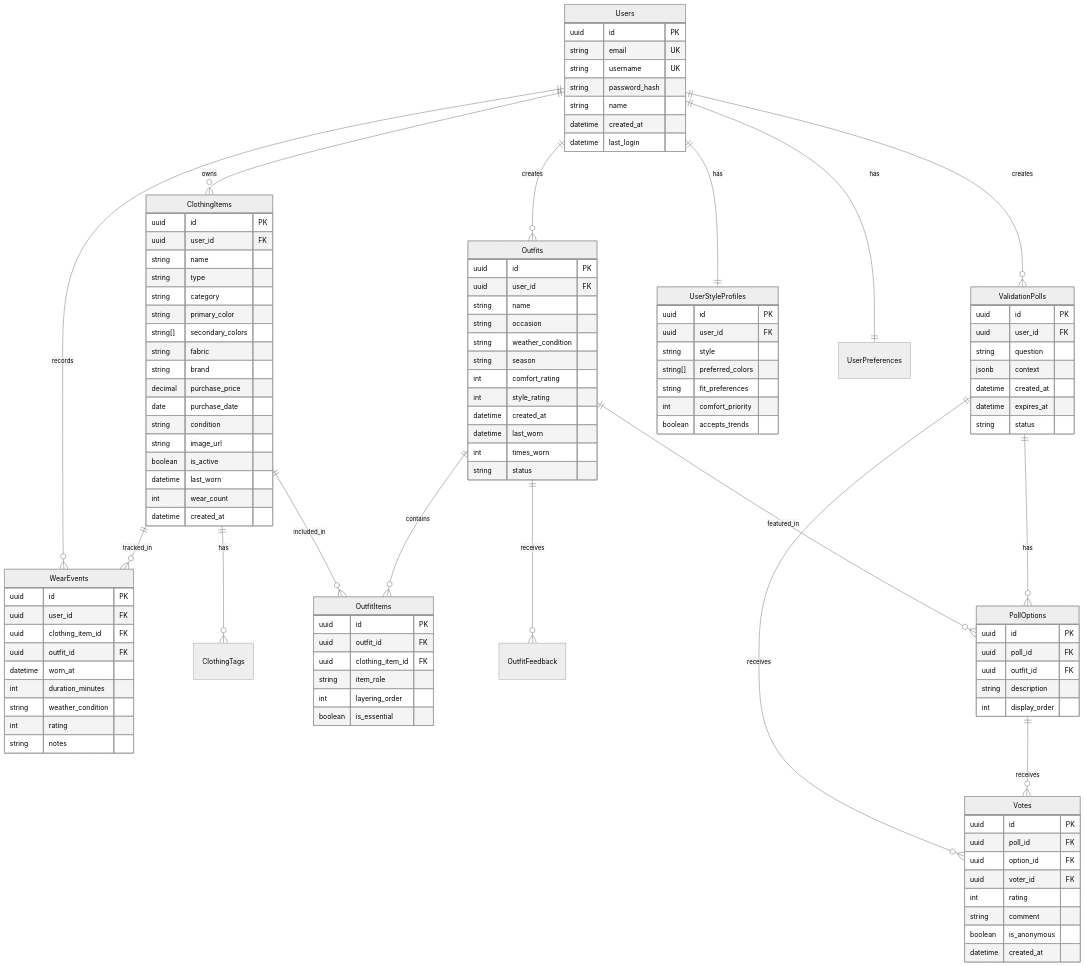
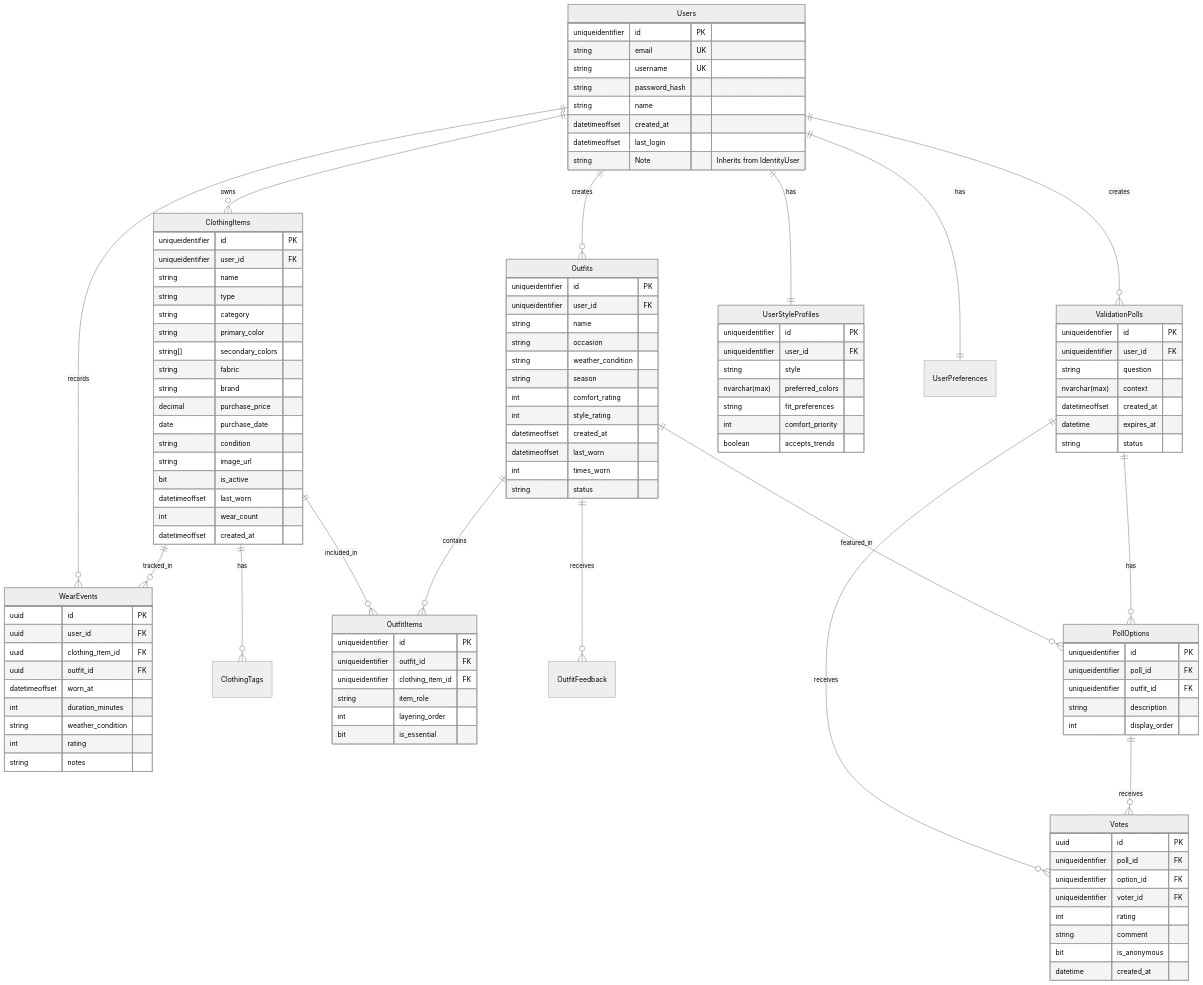
Before and after one commit to abdallah670/Outfit-Planner: the second of 2 diagrams in plans/monolithic-architecture-plan.md, drawn with Mermaid (neutral theme). The commit also changed other lines of this file and 39 other files, not shown here.

```diff
--- a/plans/monolithic-architecture-plan.md
+++ b/plans/monolithic-architecture-plan.md
@@ -300,43 +316,44 @@
     Users ||--o{ WearEvents : records
     Users ||--|| UserStyleProfiles : has
     Users ||--|| UserPreferences : has
-    
+
     ClothingItems ||--o{ ClothingTags : has
     ClothingItems ||--o{ OutfitItems : included_in
     ClothingItems ||--o{ WearEvents : tracked_in
-    
+
     Outfits ||--o{ OutfitItems : contains
     Outfits ||--o{ OutfitFeedback : receives
     Outfits ||--o{ PollOptions : featured_in
-    
+
     ValidationPolls ||--o{ PollOptions : has
     ValidationPolls ||--o{ Votes : receives
-    
+
     PollOptions ||--o{ Votes : receives
-    
+
     Users {
-        uuid id PK
+        uniqueidentifier id PK
         string email UK
         string username UK
         string password_hash
         string name
-        datetime created_at
-        datetime last_login
+        datetimeoffset created_at
+        datetimeoffset last_login
+        string Note "Inherits from IdentityUser"
     }
-    
+
     UserStyleProfiles {
-        uuid id PK
-        uuid user_id FK
+        uniqueidentifier id PK
+        uniqueidentifier user_id FK
         string style
-        string[] preferred_colors
+        nvarchar(max) preferred_colors
         string fit_preferences
         int comfort_priority
         boolean accepts_trends
     }
-    
+
     ClothingItems {
-        uuid id PK
-        uuid user_id FK
+        uniqueidentifier id PK
+        uniqueidentifier user_id FK
         string name
         string type
         string category
@@ -348,71 +365,71 @@
         date purchase_date
         string condition
         string image_url
-        boolean is_active
-        datetime last_worn
+        bit is_active
+        datetimeoffset last_worn
         int wear_count
-        datetime created_at
+        datetimeoffset created_at
     }
-    
+
     Outfits {
-        uuid id PK
-        uuid user_id FK
+        uniqueidentifier id PK
+        uniqueidentifier user_id FK
         string name
         string occasion
         string weather_condition
         string season
         int comfort_rating
         int style_rating
-        datetime created_at
-        datetime last_worn
+        datetimeoffset created_at
+        datetimeoffset last_worn
         int times_worn
         string status
     }
-    
+
     OutfitItems {
-        uuid id PK
-        uuid outfit_id FK
-        uuid clothing_item_id FK
+        uniqueidentifier id PK
+        uniqueidentifier outfit_id FK
+        uniqueidentifier clothing_item_id FK
         string item_role
         int layering_order
-        boolean is_essential
+        bit is_essential
     }
-    
+
     ValidationPolls {
-        uuid id PK
-        uuid user_id FK
+        uniqueidentifier id PK
+        uniqueidentifier user_id FK
         string question
-        jsonb context
-        datetime created_at
+        nvarchar(max) context
+        datetimeoffset created_at
         datetime expires_at
         string status
     }
-    
+
     PollOptions {
-        uuid id PK
-        uuid poll_id FK
-        uuid outfit_id FK
+        uniqueidentifier id PK
+        uniqueidentifier poll_id FK
+        uniqueidentifier outfit_id FK
         string description
         int display_order
     }
-    
+
     Votes {
         uuid id PK
-        uuid poll_id FK
-        uuid option_id FK
-        uuid voter_id FK
+        uniqueidentifier poll_id FK
+        uniqueidentifier option_id FK
+        uniqueidentifier voter_id FK
         int rating
         string comment
-        boolean is_anonymous
+        bit is_anonymous
         datetime created_at
     }
-    
+
     WearEvents {
         uuid id PK
         uuid user_id FK
         uuid clothing_item_id FK
         uuid outfit_id FK
-        datetime worn_at
+        datetimeoffset worn_at
         int duration_minutes
         string weather_condition
         int rating
```
